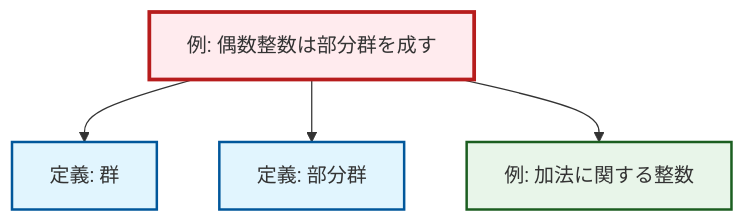
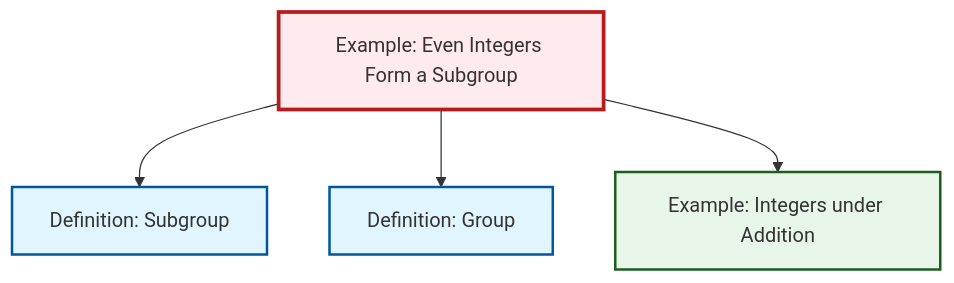
Before and after one commit to RK0429/ModernMath: the diagram in content/ja/algebra/ex-even-integers-subgroup.qmd, drawn with Mermaid. The commit also changed 203 other files, not shown here.

````diff
--- a/content/ja/algebra/ex-even-integers-subgroup.qmd
+++ b/content/ja/algebra/ex-even-integers-subgroup.qmd
@@ -45,21 +45,17 @@
 ```{mermaid}
-%%| fig-cap: "局所依存関係グラフ"
+%%| fig-cap: "Local dependency graph"
 graph TD
     classDef definition fill:#e1f5fe,stroke:#01579b,stroke-width:2px
     classDef theorem fill:#f3e5f5,stroke:#4a148c,stroke-width:2px
     classDef axiom fill:#fff3e0,stroke:#e65100,stroke-width:2px
     classDef example fill:#e8f5e9,stroke:#1b5e20,stroke-width:2px
     classDef current fill:#ffebee,stroke:#b71c1c,stroke-width:3px
-    ex-even-integers-subgroup["例: 偶数整数は部分群を成す"]:::example
-    ex-integers-addition["例: 加法に関する整数"]:::example
-    def-group["定義: 群"]:::definition
-    def-subgroup["定義: 部分群"]:::definition
+    def-group["Definition: Group"]:::definition
+    ex-even-integers-subgroup["Example: Even Integers Form a Subgroup"]:::example
+    def-subgroup["Definition: Subgroup"]:::definition
+    ex-integers-addition["Example: Integers under Addition"]:::example
+    ex-even-integers-subgroup --> def-subgroup
     ex-even-integers-subgroup --> def-group
-    ex-even-integers-subgroup --> def-subgroup
     ex-even-integers-subgroup --> ex-integers-addition
     class ex-even-integers-subgroup current
-
-    click ex-integers-addition "ex-integers-addition.html" "Go to 例: 加法に関する整数"
-    click def-group "def-group.html" "Go to 定義: 群"
-    click def-subgroup "def-subgroup.html" "Go to 定義: 部分群"
 ```
````
